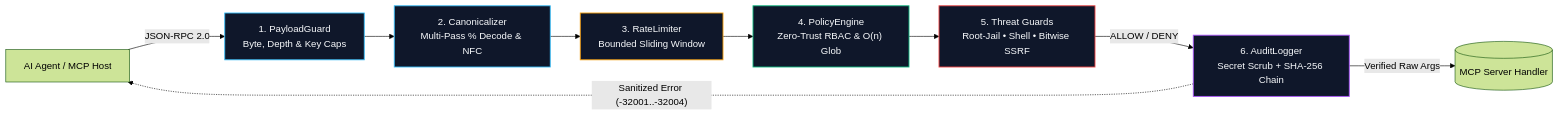
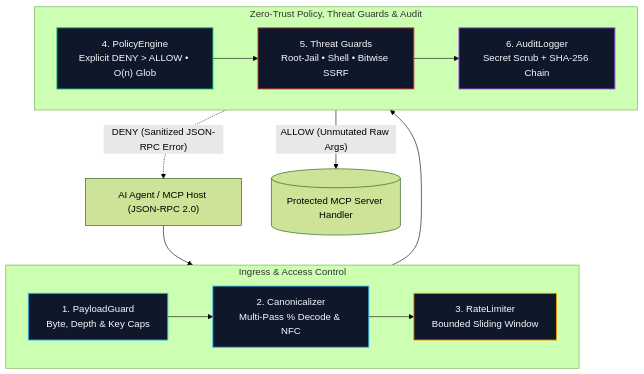
The diagram in README.md (yoshikinga/mcp-warden), drawn with Mermaid (forest theme) before and after one commit. The commit also changed other lines of this file, not shown here.

First line of the commit message:
docs(readme): fix quickstart clone syntax, enlarge Mermaid layout, and wrap code lines

````diff
--- a/README.md
+++ b/README.md
@@ -57,18 +57,28 @@
 ```mermaid
-flowchart LR
-    Agent["AI Agent / MCP Host"] -->|"JSON-RPC 2.0"| S1["1. PayloadGuard<br/>Byte, Depth & Key Caps"]
-    S1 --> S2["2. Canonicalizer<br/>Multi-Pass % Decode & NFC"]
-    S2 --> S3["3. RateLimiter<br/>Bounded Sliding Window"]
-    S3 --> S4["4. PolicyEngine<br/>Zero-Trust RBAC & O(n) Glob"]
-    S4 --> S5["5. Threat Guards<br/>Root-Jail • Shell • Bitwise SSRF"]
-    S5 -->|"ALLOW / DENY"| S6["6. AuditLogger<br/>Secret Scrub + SHA-256 Chain"]
-    S6 -->|"Verified Raw Args"| Server[("MCP Server Handler")]
-    S6 -.->|"Sanitized Error (-32001..-32004)"| Agent
+flowchart TB
+    Agent["AI Agent / MCP Host (JSON-RPC 2.0)"] --> S1
+
+    subgraph Ingress["Ingress & Access Control"]
+        direction LR
+        S1["1. PayloadGuard<br/>Byte, Depth & Key Caps"] --> S2["2. Canonicalizer<br/>Multi-Pass % Decode & NFC"]
+        S2 --> S3["3. RateLimiter<br/>Bounded Sliding Window"]
+    end
+
+    S3 --> S4
+
+    subgraph DeepDefense["Zero-Trust Policy, Threat Guards & Audit"]
+        direction LR
+        S4["4. PolicyEngine<br/>Explicit DENY > ALLOW • O(n) Glob"] --> S5["5. Threat Guards<br/>Root-Jail • Shell • Bitwise SSRF"]
+        S5 --> S6["6. AuditLogger<br/>Secret Scrub + SHA-256 Chain"]
+    end
+
+    S6 -->|"ALLOW (Unmutated Raw Args)"| Server[("Protected MCP Server Handler")]
+    S6 -.->|"DENY (Sanitized JSON-RPC Error)"| Agent
 
     style S1 fill:#0f172a,stroke:#38bdf8,stroke-width:1.5px,color:#f8fafc
     style S2 fill:#0f172a,stroke:#38bdf8,stroke-width:1.5px,color:#f8fafc
     style S3 fill:#0f172a,stroke:#f59e0b,stroke-width:1.5px,color:#f8fafc
     style S4 fill:#0f172a,stroke:#10b981,stroke-width:1.5px,color:#f8fafc
     style S5 fill:#0f172a,stroke:#ef4444,stroke-width:1.5px,color:#f8fafc
     style S6 fill:#0f172a,stroke:#a855f7,stroke-width:1.5px,color:#f8fafc
 ```
````
